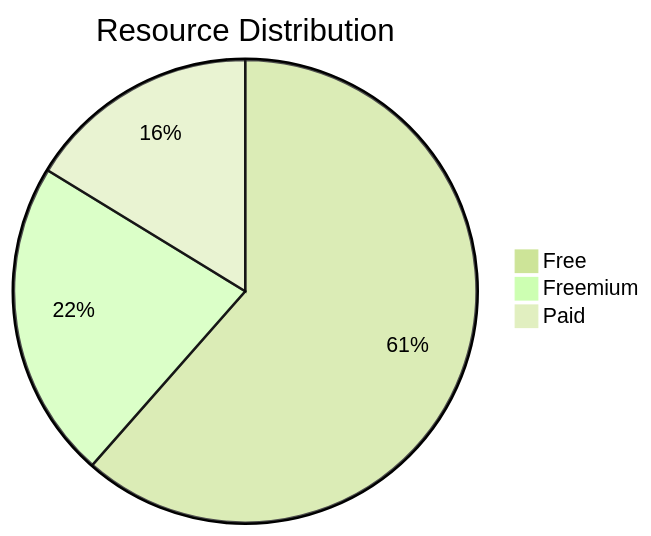
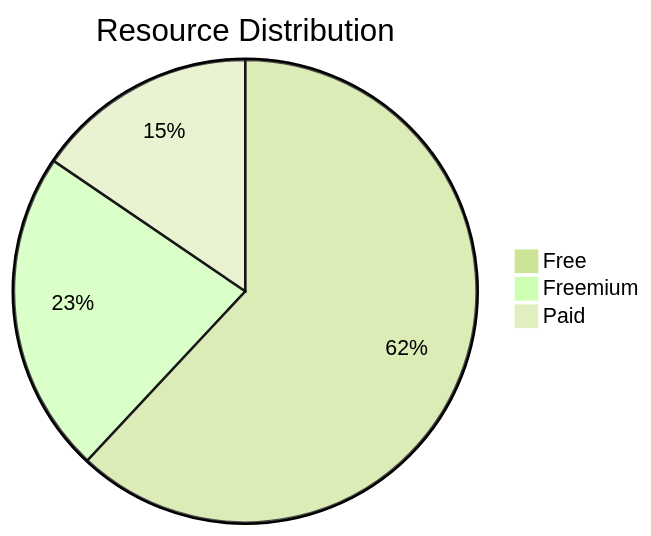
The diagram in resources/index.md (sametcn99/computer-science-resources), drawn with Mermaid (forest theme) before and after one commit. The commit also changed other lines of this file and 10 other files, not shown here.

````diff
--- a/resources/index.md
+++ b/resources/index.md
@@ -10,7 +10,7 @@
 ```mermaid
 pie
     title Resource Distribution
-    "Free" : 174
-    "Freemium" : 63
+    "Free" : 184
+    "Freemium" : 67
     "Paid" : 46
 ```
````
